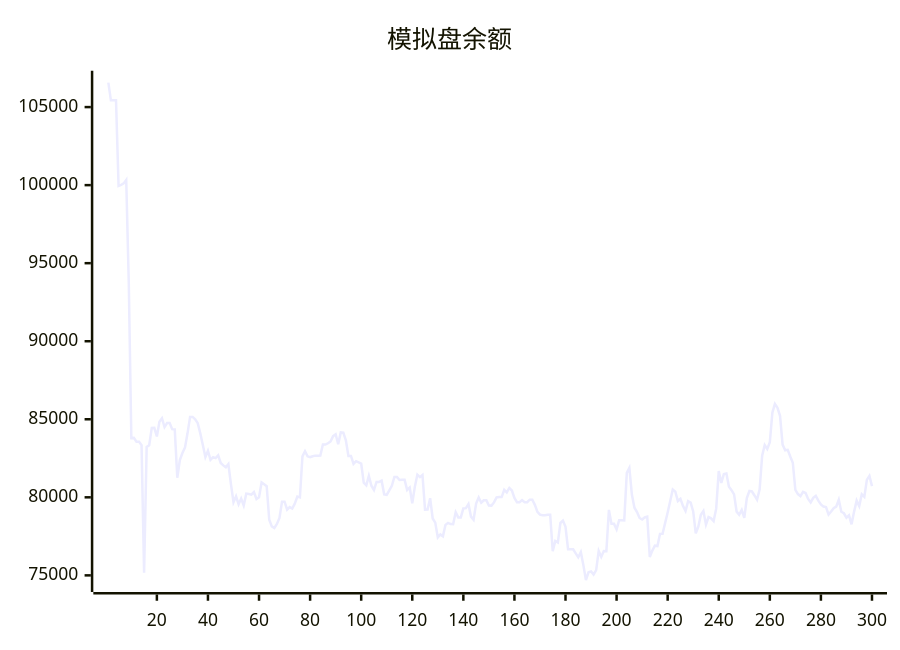
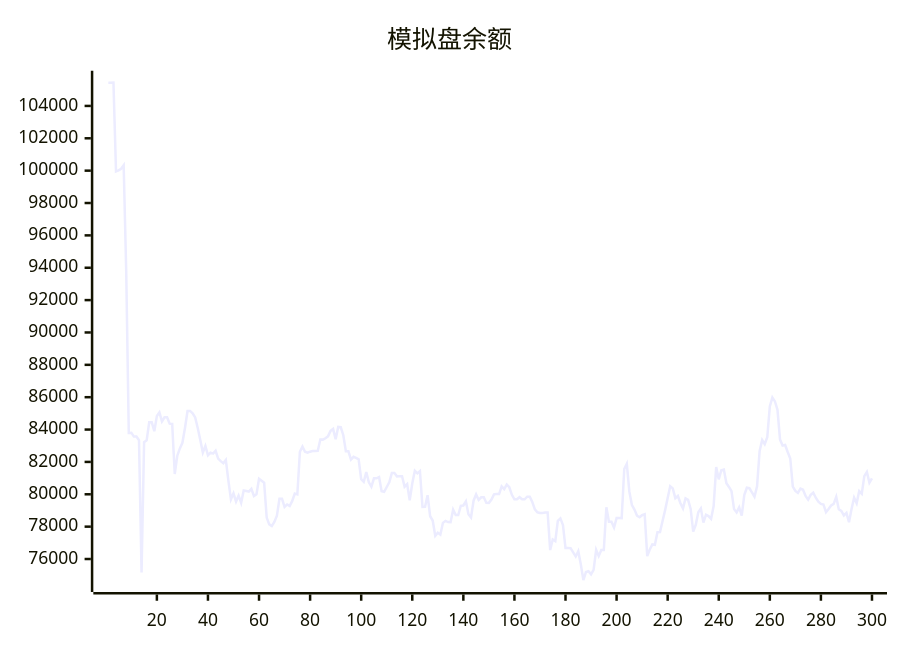
The diagram in README.md (aahl/ai-trading), drawn with Mermaid before and after one commit. The commit also changed other lines of this file and 1 other file, not shown here.

````diff
--- a/README.md
+++ b/README.md
@@ -5,5 +5,5 @@
 ```mermaid
 xychart
     title "模拟盘余额"
-    line [106567,105431,105431,105440,99950,100017,100113,100337,93749,83795,83807,83567,83567,83342,75168,83222,83336,84448,84449,83896,84839,85065,84499,84757,84757,84364,84347,81254,82385,82835,83184,84099,85150,85150,85002,84751,84096,83356,82582,82983,82404,82572,82512,82688,82200,82047,81920,82125,80840,79688,80060,79552,79920,79470,80236,80208,80170,80336,79894,80006,80954,80837,80712,78561,78139,78037,78293,78682,79720,79720,79214,79372,79279,79591,80046,79993,82625,82950,82626,82571,82633,82670,82670,82681,83386,83378,83464,83579,83920,84037,83402,84160,84142,83652,82655,82655,82145,82315,82243,82163,80934,80770,81371,80742,80468,80989,80989,81067,80191,80155,80450,80737,81309,81309,81106,81119,81119,80471,80631,79624,80670,81448,81290,81429,79212,79222,79940,78643,78380,77432,77623,77504,78235,78358,78284,78277,79048,78714,78714,79290,79308,79567,78763,78563,79603,79988,79652,79813,79813,79476,79469,79673,79995,80015,80015,80486,80314,80600,80436,79966,79689,79689,79819,79692,79692,79850,79850,79518,79071,78889,78850,78850,78878,78878,76554,77202,77103,78357,78510,78106,76678,76677,76672,76411,76159,76485,75656,74695,75197,75246,75052,75334,76564,76179,76553,76551,79196,78300,78300,77944,78531,78531,78521,81564,81884,80160,79335,79055,78675,78580,78708,78764,76179,76586,76902,76876,77658,77669,78346,79023,79769,80497,80366,79761,79896,79448,79126,79749,79658,79097,77695,78114,78888,79126,78249,78738,78653,78478,79271,81680,80923,81488,81527,80681,80455,80190,79084,78879,79193,78686,79954,80403,80374,80118,79848,80491,82665,83351,83098,83525,85430,85983,85737,85221,83378,83014,83043,82613,82216,80477,80208,80081,80348,80277,79894,79670,79965,80093,79786,79542,79406,79371,78893,79087,79304,79406,79841,79072,78978,78696,78846,78272,79085,79787,79442,80198,80031,81120,81379,80718]
+    line [105431,105431,105440,99950,100017,100113,100337,93749,83795,83807,83567,83567,83342,75168,83222,83336,84448,84449,83896,84839,85065,84499,84757,84757,84364,84347,81254,82385,82835,83184,84099,85150,85150,85002,84751,84096,83356,82582,82983,82404,82572,82512,82688,82200,82047,81920,82125,80840,79688,80060,79552,79920,79470,80236,80208,80170,80336,79894,80006,80954,80837,80712,78561,78139,78037,78293,78682,79720,79720,79214,79372,79279,79591,80046,79993,82625,82950,82626,82571,82633,82670,82670,82681,83386,83378,83464,83579,83920,84037,83402,84160,84142,83652,82655,82655,82145,82315,82243,82163,80934,80770,81371,80742,80468,80989,80989,81067,80191,80155,80450,80737,81309,81309,81106,81119,81119,80471,80631,79624,80670,81448,81290,81429,79212,79222,79940,78643,78380,77432,77623,77504,78235,78358,78284,78277,79048,78714,78714,79290,79308,79567,78763,78563,79603,79988,79652,79813,79813,79476,79469,79673,79995,80015,80015,80486,80314,80600,80436,79966,79689,79689,79819,79692,79692,79850,79850,79518,79071,78889,78850,78850,78878,78878,76554,77202,77103,78357,78510,78106,76678,76677,76672,76411,76159,76485,75656,74695,75197,75246,75052,75334,76564,76179,76553,76551,79196,78300,78300,77944,78531,78531,78521,81564,81884,80160,79335,79055,78675,78580,78708,78764,76179,76586,76902,76876,77658,77669,78346,79023,79769,80497,80366,79761,79896,79448,79126,79749,79658,79097,77695,78114,78888,79126,78249,78738,78653,78478,79271,81680,80923,81488,81527,80681,80455,80190,79084,78879,79193,78686,79954,80403,80374,80118,79848,80491,82665,83351,83098,83525,85430,85983,85737,85221,83378,83014,83043,82613,82216,80477,80208,80081,80348,80277,79894,79670,79965,80093,79786,79542,79406,79371,78893,79087,79304,79406,79841,79072,78978,78696,78846,78272,79085,79787,79442,80198,80031,81120,81379,80718,80985]
 ```
````
